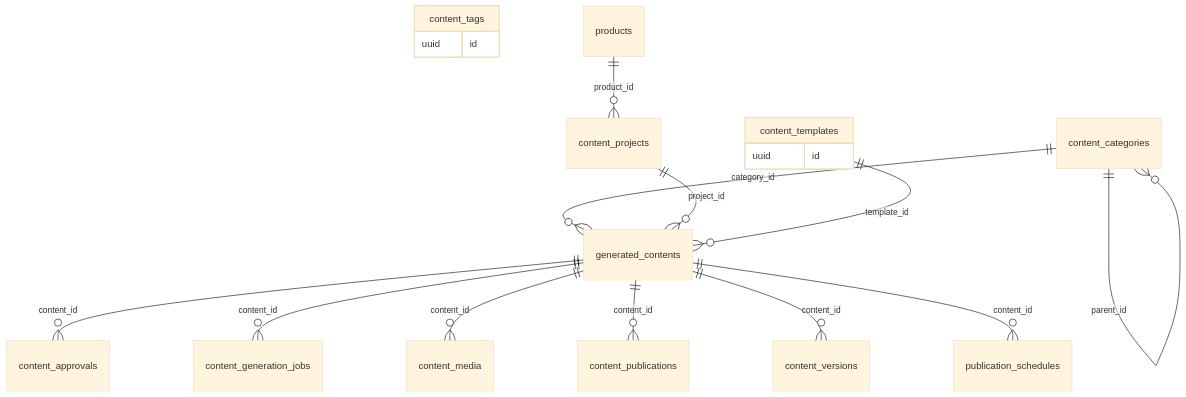
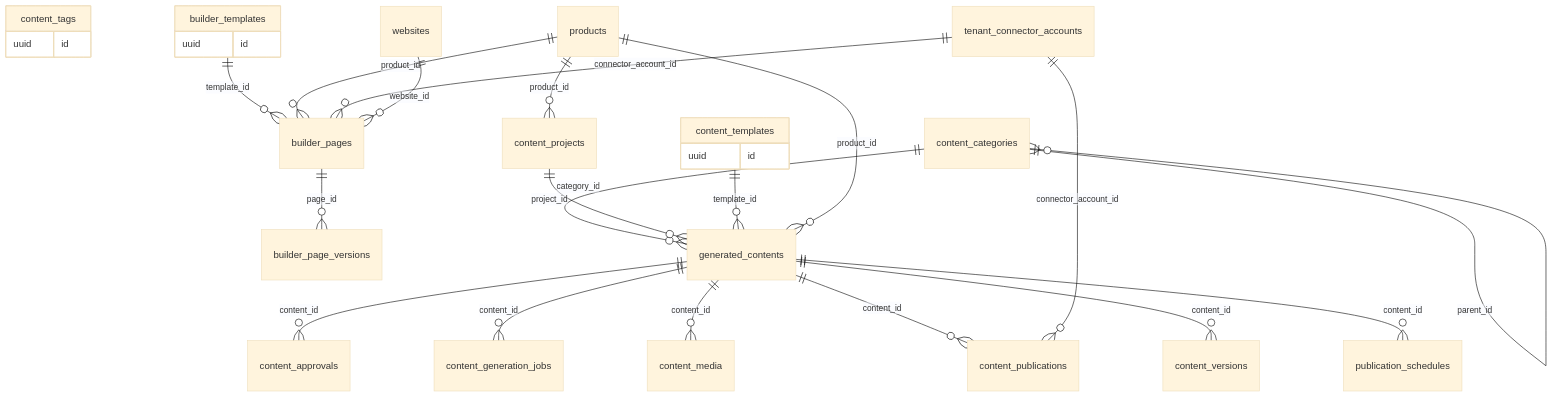
Before and after one commit to yassineelhif5-pixel/Grouth-IA: diagram 14 of 21 in docs/database/ERD.md, drawn with Mermaid (base theme). The commit also changed other lines of this file and 35 other files, not shown here.

First line of the commit message:
feat(database): PROMPT 2 additive schema — 291 tables, run tables, business roles, WhatsApp, page builder, growth policies, AI routing

````diff
--- a/docs/database/ERD.md
+++ b/docs/database/ERD.md
@@ -290,16 +298,24 @@
 ```mermaid
 erDiagram
     content_tags { uuid id }
     content_templates { uuid id }
+    builder_templates { uuid id }
+    builder_pages ||--o{ builder_page_versions : page_id
+    builder_templates ||--o{ builder_pages : template_id
     content_categories ||--o{ content_categories : parent_id
     content_categories ||--o{ generated_contents : category_id
     content_projects ||--o{ generated_contents : project_id
     content_templates ||--o{ generated_contents : template_id
     generated_contents ||--o{ content_approvals : content_id
     generated_contents ||--o{ content_generation_jobs : content_id
     generated_contents ||--o{ content_media : content_id
     generated_contents ||--o{ content_publications : content_id
     generated_contents ||--o{ content_versions : content_id
     generated_contents ||--o{ publication_schedules : content_id
+    products ||--o{ builder_pages : product_id
     products ||--o{ content_projects : product_id
+    products ||--o{ generated_contents : product_id
+    tenant_connector_accounts ||--o{ builder_pages : connector_account_id
+    tenant_connector_accounts ||--o{ content_publications : connector_account_id
+    websites ||--o{ builder_pages : website_id
 ```
````
